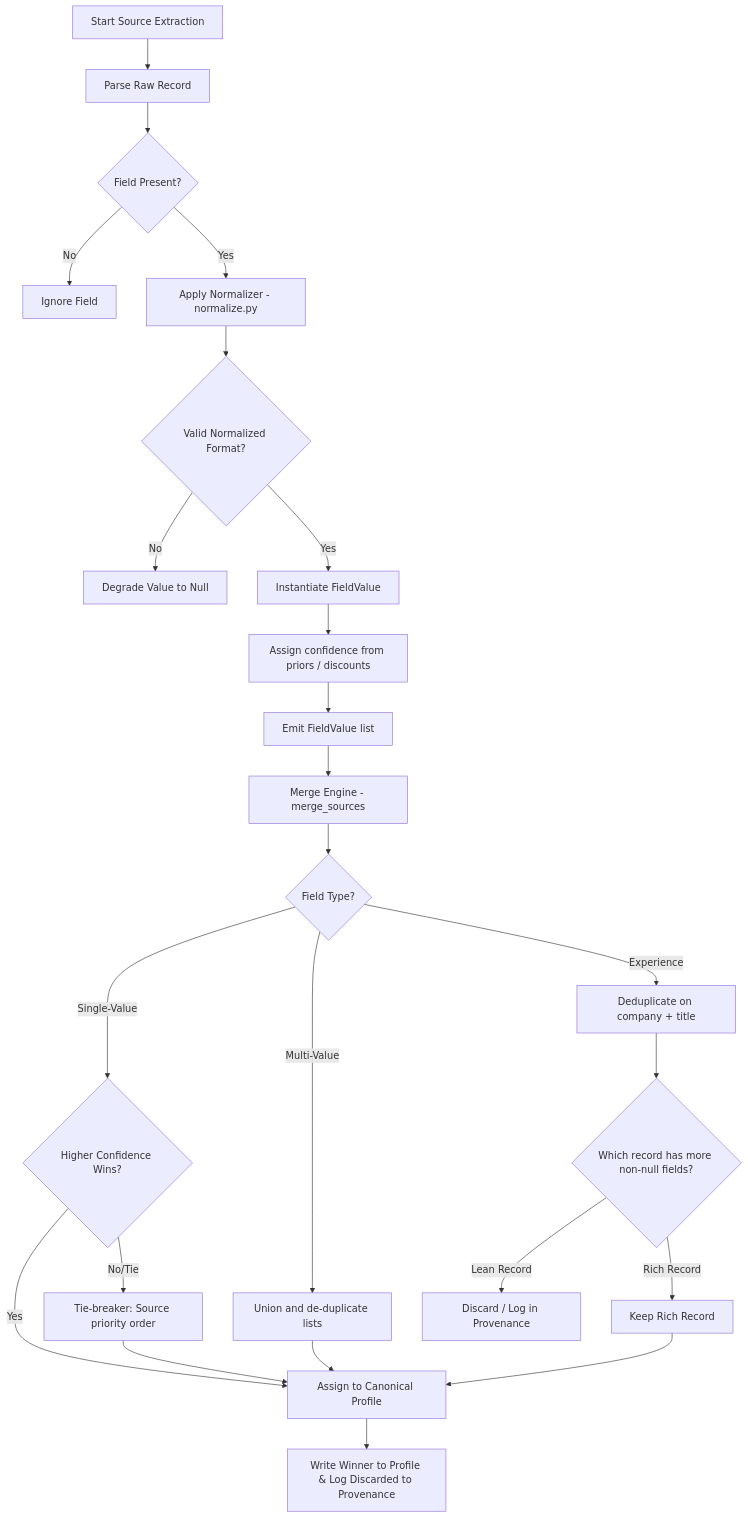
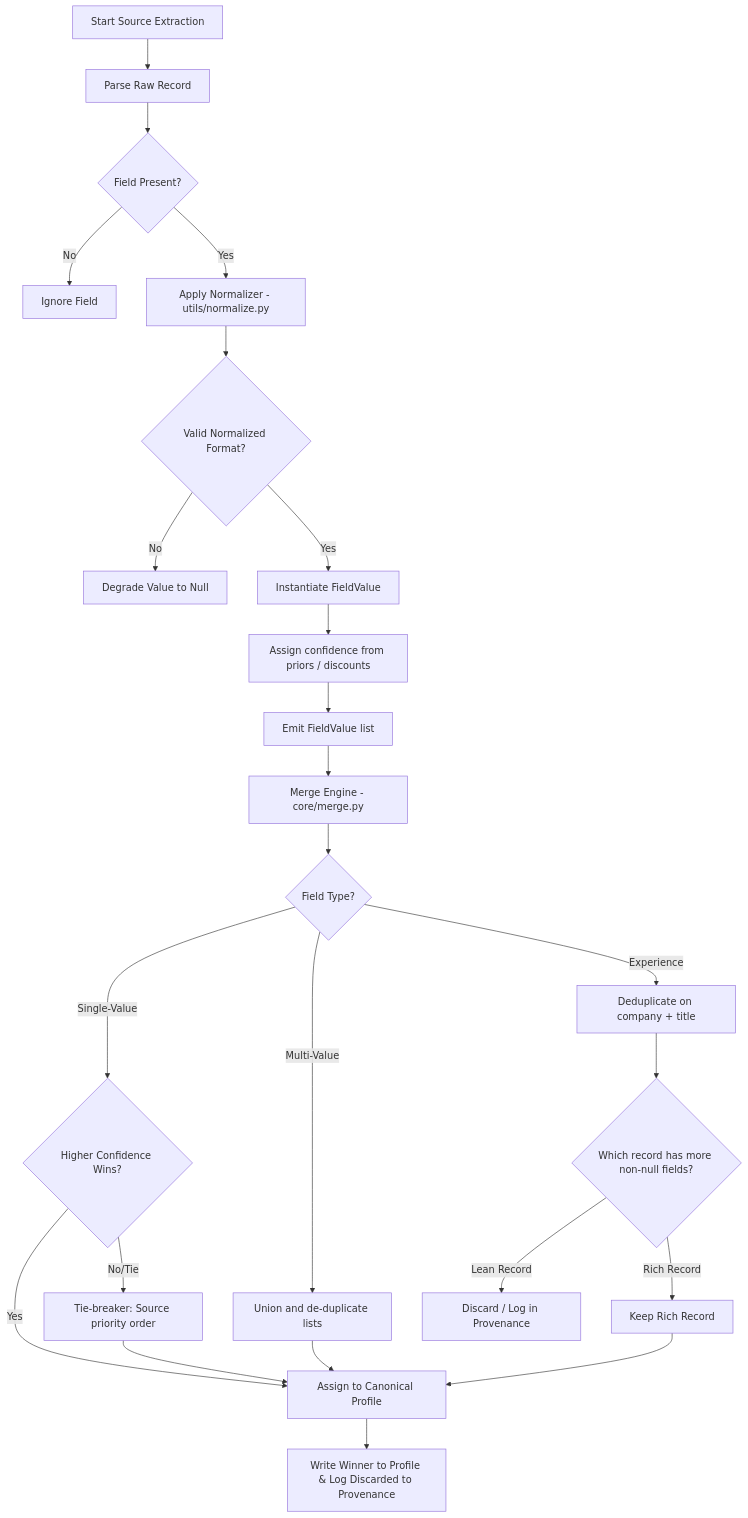
Before and after one commit to ramalokeshreddyp/Candidate-Data-Transformer: the diagram in projectdocumentation.md, drawn with Mermaid. The commit also changed other lines of this file and 20 other files, not shown here.

````diff
--- a/projectdocumentation.md
+++ b/projectdocumentation.md
@@ -63,26 +63,26 @@
 ```mermaid
 graph TD
     A[Start Source Extraction] --> B[Parse Raw Record]
     B --> C{Field Present?}
     C -->|No| D[Ignore Field]
-    C -->|Yes| E[Apply Normalizer - normalize.py]
+    C -->|Yes| E[Apply Normalizer - utils/normalize.py]
     E --> F{Valid Normalized Format?}
     F -->|No| G[Degrade Value to Null]
     F -->|Yes| H[Instantiate FieldValue]
     H --> I[Assign confidence from priors / discounts]
     I --> J[Emit FieldValue list]
-    J --> K[Merge Engine - merge_sources]
+    J --> K[Merge Engine - core/merge.py]
     K --> L{Field Type?}
     L -->|Single-Value| M{Higher Confidence Wins?}
     M -->|Yes| N[Assign to Canonical Profile]
     M -->|No/Tie| O[Tie-breaker: Source priority order]
     O --> N
     L -->|Multi-Value| P[Union and de-duplicate lists]
     P --> N
     L -->|Experience| Q[Deduplicate on company + title]
     Q --> R{Which record has more non-null fields?}
     R -->|Rich Record| S[Keep Rich Record]
     R -->|Lean Record| T[Discard / Log in Provenance]
     S --> N
     N --> U[Write Winner to Profile & Log Discarded to Provenance]
 ```
````
